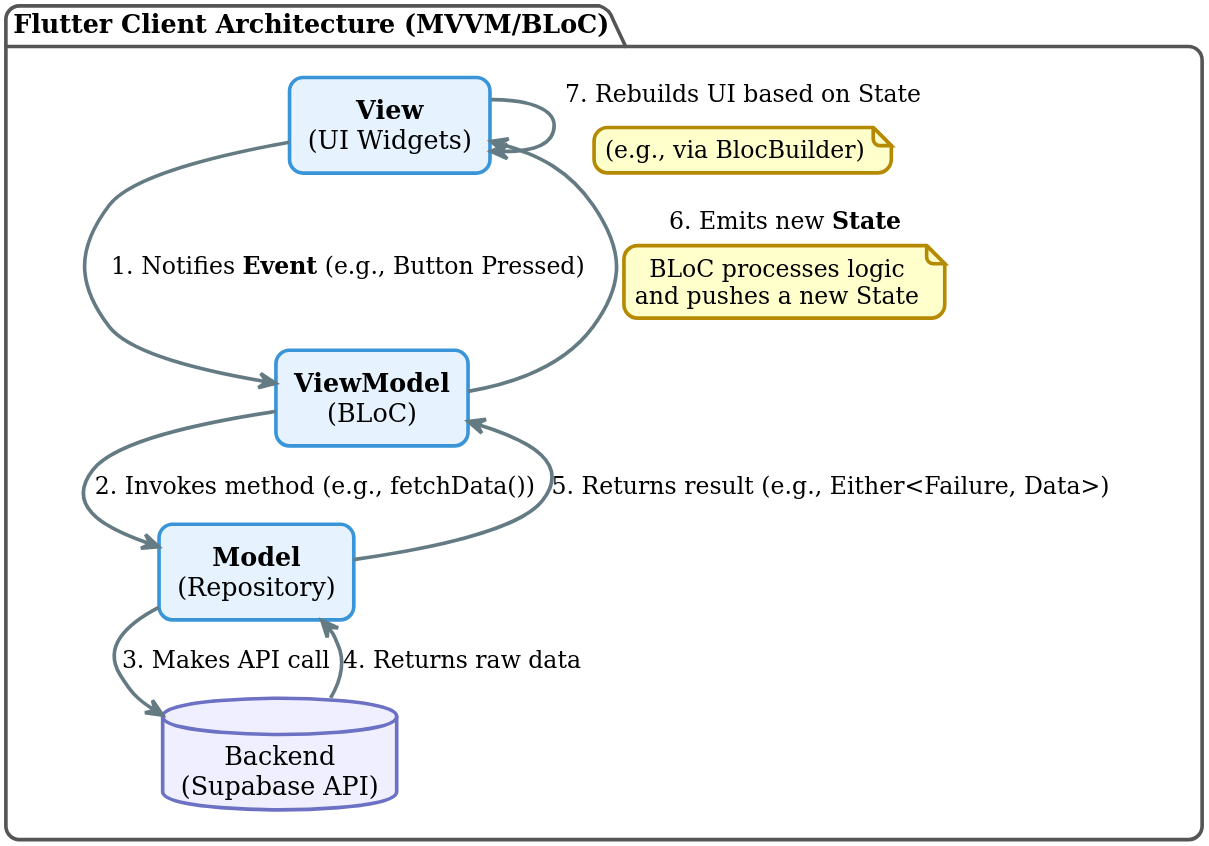
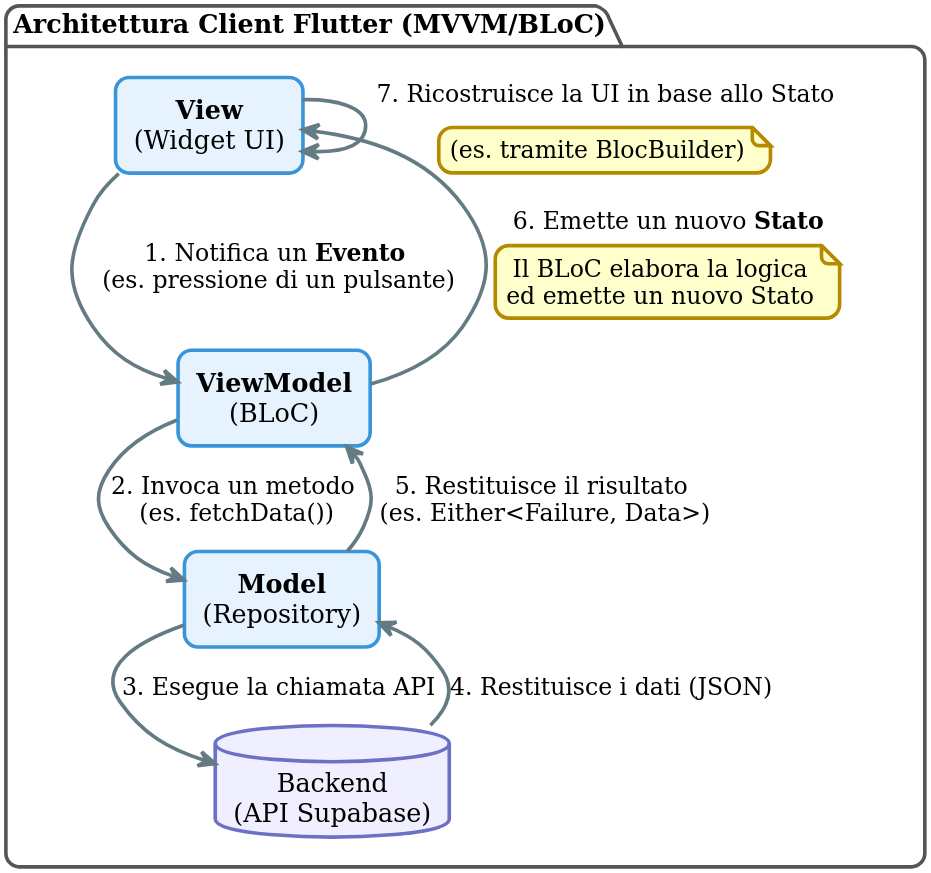
The diagram in thesis/diagrams/src/client-architecture.puml (TMoretta/Swift-Contest), drawn with PlantUML before and after one commit. The commit also changed 61 other files, not shown here.

```diff
--- a/thesis/diagrams/src/client-architecture.puml
+++ b/thesis/diagrams/src/client-architecture.puml
@@ -1,56 +1,61 @@
 @startuml
 
 !theme sunlust
 skinparam dpi 300
 top to bottom direction
 skinparam backgroundColor transparent
 skinparam actorStyle awesome
 skinparam shadowing false
 skinparam ranksep 25
 'skinparam nodesep 25
 
 skinparam package {
     backgroundColor #FFFFFF
     borderColor #555555
 }
 skinparam rectangle {
   backgroundColor #E6F3FF
   borderColor #3995D7
 }
 
 ' =======================================
 ' Definizione dei Componenti
 ' =======================================
 
-package "Flutter Client Architecture (MVVM/BLoC)" {
+package "Architettura Client Flutter (MVVM/BLoC)" {
 
-    rectangle "**View**\n(UI Widgets)" as View
+    rectangle "**View**\n(Widget UI)" as View
     rectangle "**ViewModel**\n(BLoC)" as BLoC
     rectangle "**Model**\n(Repository)" as Repository
 
-    database "Backend\n(Supabase API)" as Backend
+    database "Backend\n(API Supabase)" as Backend
 }
 
 ' =======================================
 ' Definizione del Flusso di Dati
 ' =======================================
 
-' --- Flusso di Interazione dell'Utente (Command) ---
-View -> BLoC : 1. Notifies **Event** (e.g., Button Pressed)
-BLoC -> Repository : 2. Invokes method (e.g., fetchData())
-Repository -> Backend : 3. Makes API call
-Backend --> Repository : 4. Returns raw data
+' --- Flusso di Interazione dell'Utente (Comando) ---
+View -> BLoC : 1. Notifica un **Evento**\n (es. pressione di un pulsante)
+BLoC -> Repository : 2. Invoca un metodo\n (es. fetchData())
+Repository -> Backend : 3. Esegue la chiamata API
+Backend --> Repository : 4. Restituisce i dati (JSON)
 
-' --- Flusso di Ritorno dei Dati (Processing) ---
-Repository --> BLoC : 5. Returns result (e.g., Either<Failure, Data>)
+' --- Flusso di Ritorno dei Dati (Elaborazione) ---
+Repository --> BLoC : 5. Restituisce il risultato\n (es. Either<Failure, Data>)
 
-' --- Flusso Reattivo dello Stato (State Stream) ---
-' Il BLoC processa il risultato e emette un nuovo stato
-BLoC --> View : 6. Emits new **State**
-note on link: BLoC processes logic\nand pushes a new State
+' --- Flusso Reattivo dello Stato (Stream di Stati) ---
+' Il BLoC elabora il risultato ed emette un nuovo stato
+BLoC --> View : 6. Emette un nuovo **Stato**
+note on link
+  Il BLoC elabora la logica
+  ed emette un nuovo Stato
+end note
 
 ' La View si ricostruisce in base al nuovo stato
-View -> View : 7. Rebuilds UI based on State
-note on link: (e.g., via BlocBuilder)
+View -> View : 7. Ricostruisce la UI in base allo Stato
+note on link
+  (es. tramite BlocBuilder)
+end note
 
 @enduml
```
